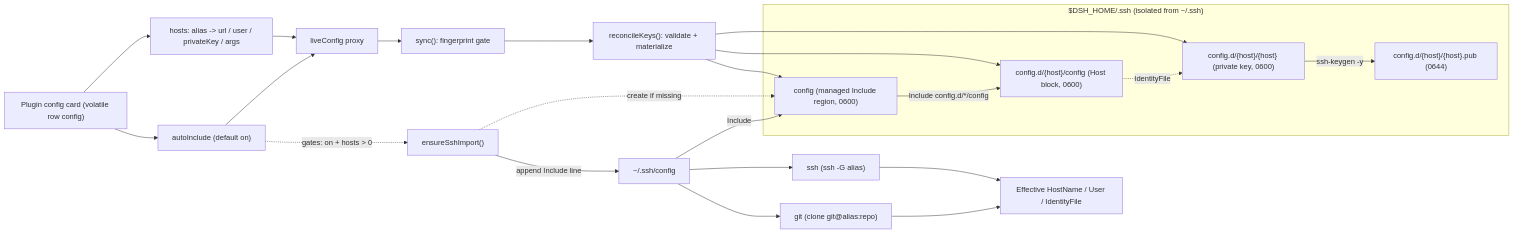
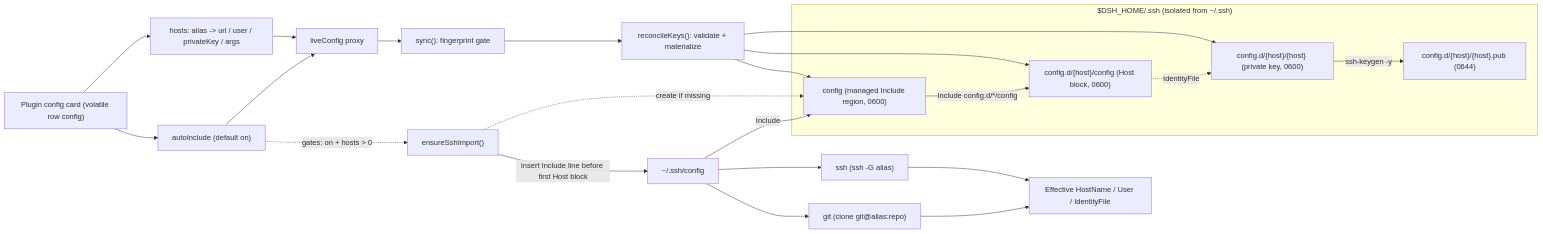
One commit to simonxluo/dsh-ssh-manager changed the second of 2 diagrams in README.md. Above: the diagram before and after it, drawn with Mermaid. The commit also changed other lines of this file and 2 other files, not shown here.

````diff
--- a/README.md
+++ b/README.md
@@ -193,34 +193,34 @@
 ```mermaid
 flowchart LR
     CARD["Plugin config card (volatile row config)"]
     CARD --> HOSTS["hosts: alias -> url / user / privateKey / args"]
     CARD --> AUTO["autoInclude (default on)"]
     HOSTS --> LP["liveConfig proxy"]
     AUTO --> LP
     LP --> SYNC["sync(): fingerprint gate"]
     SYNC --> RK["reconcileKeys(): validate + materialize"]
 
     subgraph DISK["$DSH_HOME/.ssh (isolated from ~/.ssh)"]
         FLAT["config (managed Include region, 0600)"]
         HCFG["config.d/{host}/config (Host block, 0600)"]
         KEY["config.d/{host}/{host} (private key, 0600)"]
         PUB["config.d/{host}/{host}.pub (0644)"]
     end
 
     RK --> KEY
     RK --> HCFG
     RK --> FLAT
     KEY -->|"ssh-keygen -y"| PUB
     AUTO -.->|"gates: on + hosts > 0"| IMP["ensureSshImport()"]
     IMP -.->|"create if missing"| FLAT
-    IMP -->|"append Include line"| OUTER["~/.ssh/config"]
+    IMP -->|"insert Include line before first Host block"| OUTER["~/.ssh/config"]
 
     OUTER -->|"Include"| FLAT
     FLAT -->|"Include config.d/*/config"| HCFG
     HCFG -.->|"IdentityFile"| KEY
 
     OUTER --> SSH["ssh (ssh -G alias)"]
     OUTER --> GIT["git (clone git@alias:repo)"]
     SSH --> EFF["Effective HostName / User / IdentityFile"]
     GIT --> EFF
 ```
````
